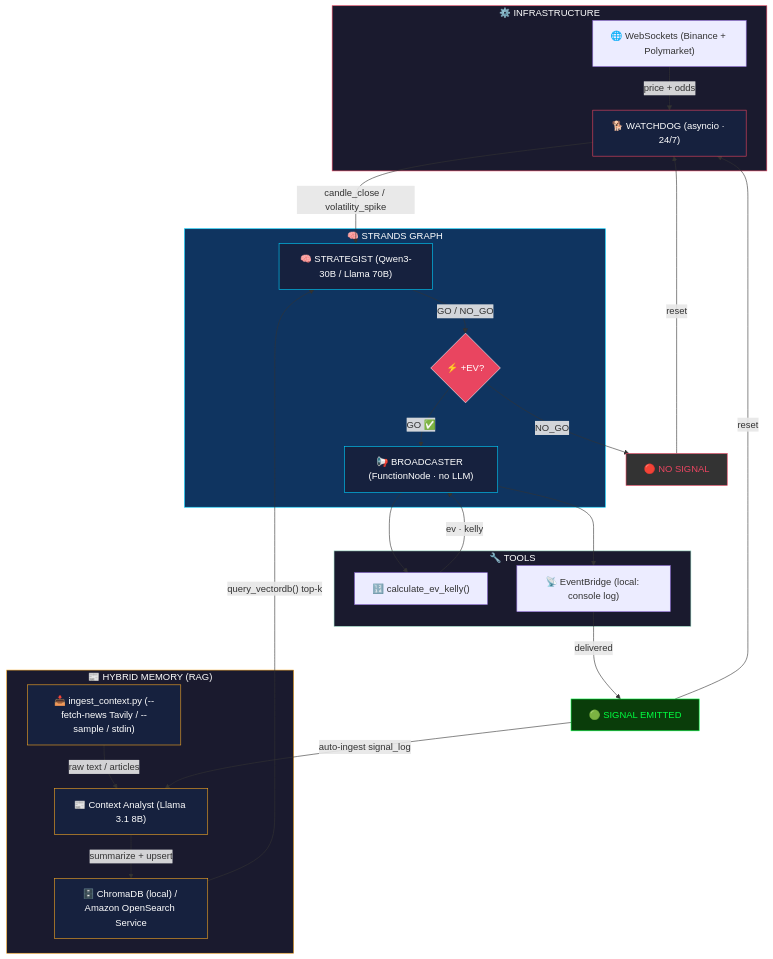
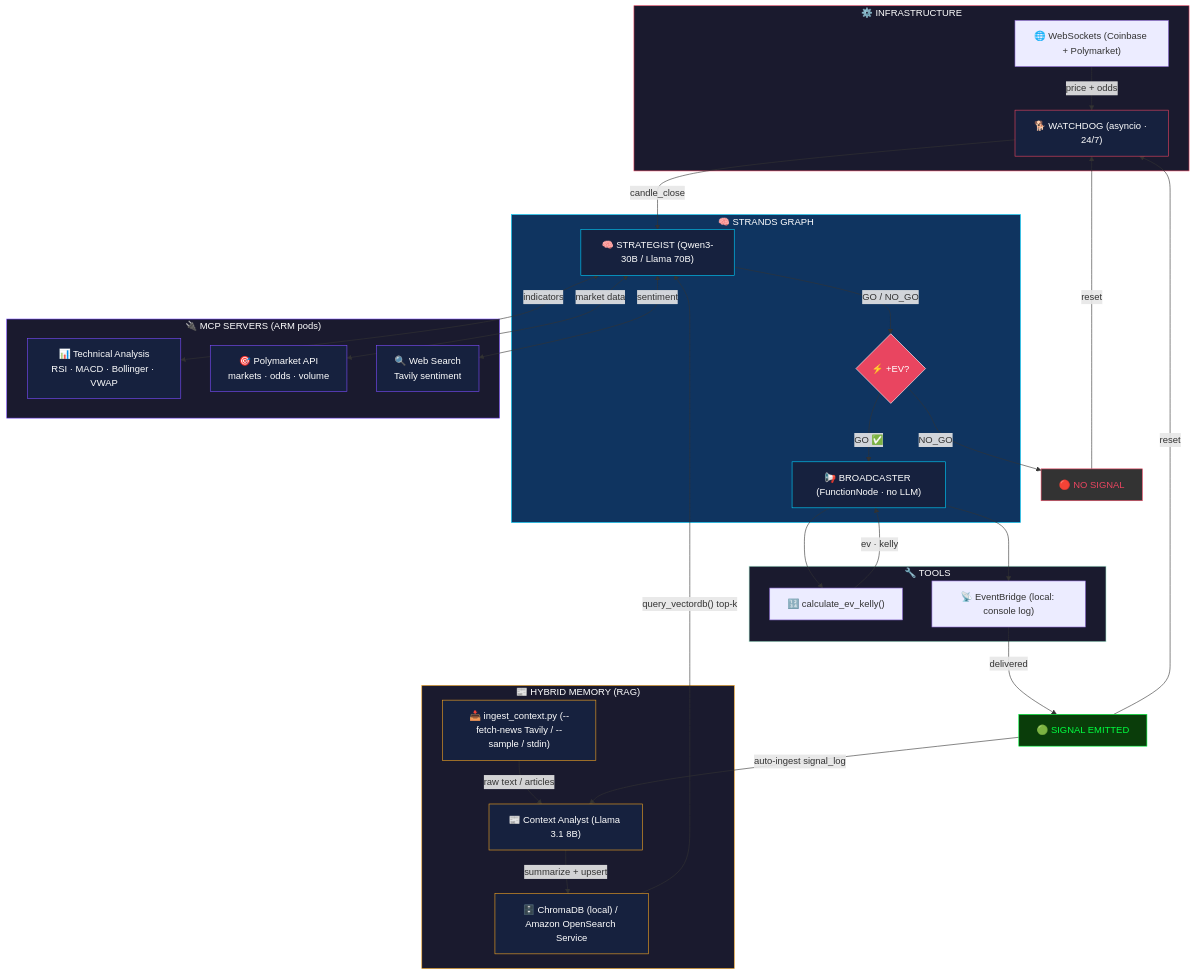
The diagram in docs/agent_flow.mermaid (gmgalvan/demo-polymarket-sgnal), drawn with Mermaid before and after one commit. The commit also changed 52 other files, not shown here.

```diff
--- a/docs/agent_flow.mermaid
+++ b/docs/agent_flow.mermaid
@@ -1,55 +1,68 @@
 graph TD
     subgraph INFRA["⚙️ INFRASTRUCTURE"]
-        WS["🌐 WebSockets (Binance + Polymarket)"]
+        WS["🌐 WebSockets (Coinbase + Polymarket)"]
         VG["🐕 WATCHDOG (asyncio · 24/7)"]
     end
 
     subgraph BG["📰 HYBRID MEMORY (RAG)"]
         CLI["📥 ingest_context.py (--fetch-news Tavily / --sample / stdin)"]
         AC["📰 Context Analyst (Llama 3.1 8B)"]
         VDB["🗄️ ChromaDB (local) / Amazon OpenSearch Service"]
     end
 
     subgraph GRAPH["🧠 STRANDS GRAPH"]
         ES["🧠 STRATEGIST (Qwen3-30B / Llama 70B)"]
         COND{"⚡ +EV?"}
         BC["📢 BROADCASTER (FunctionNode · no LLM)"]
     end
 
+    subgraph MCP["🔌 MCP SERVERS (ARM pods)"]
+        MTA["📊 Technical Analysis\nRSI · MACD · Bollinger · VWAP"]
+        MPM["🎯 Polymarket API\nmarkets · odds · volume"]
+        MWS["🔍 Web Search\nTavily sentiment"]
+    end
+
     subgraph TOOLS["🔧 TOOLS"]
         MATH["🔢 calculate_ev_kelly()"]
         EB["📡 EventBridge (local: console log)"]
     end
 
     NO["🔴 NO SIGNAL"]
     SIGNAL["🟢 SIGNAL EMITTED"]
 
     WS -->|"price + odds"| VG
-    VG -->|"candle_close / volatility_spike"| ES
+    VG -->|"candle_close"| ES
     CLI -->|"raw text / articles"| AC
     AC -->|"summarize + upsert"| VDB
     VDB -->|"query_vectordb() top-k"| ES
+    ES <-->|"indicators"| MTA
+    ES <-->|"market data"| MPM
+    ES <-->|"sentiment"| MWS
     ES -->|"GO / NO_GO"| COND
     COND -->|"NO_GO"| NO
     COND -->|"GO ✅"| BC
     BC --> MATH
     BC --> EB
     MATH -->|"ev · kelly"| BC
     EB -->|"delivered"| SIGNAL
     SIGNAL -->|"auto-ingest signal_log"| AC
     NO -->|"reset"| VG
     SIGNAL -->|"reset"| VG
 
     style INFRA fill:#1a1a2e,stroke:#e94560,color:#fff
     style BG fill:#1a1a2e,stroke:#f5a623,color:#fff
     style GRAPH fill:#0f3460,stroke:#00d2ff,color:#fff
+    style MCP fill:#1a1a2e,stroke:#7c4dff,color:#fff
     style TOOLS fill:#1a1a2e,stroke:#a8e6cf,color:#fff
     style ES fill:#16213e,stroke:#00d2ff,color:#fff
     style COND fill:#e94560,stroke:#fff,color:#fff
     style BC fill:#16213e,stroke:#00d2ff,color:#fff
     style NO fill:#333,stroke:#e94560,color:#e94560
     style SIGNAL fill:#0a3d0a,stroke:#00ff41,color:#00ff41
     style VG fill:#16213e,stroke:#e94560,color:#fff
     style CLI fill:#16213e,stroke:#f5a623,color:#fff
     style AC fill:#16213e,stroke:#f5a623,color:#fff
     style VDB fill:#16213e,stroke:#f5a623,color:#fff
+    style MTA fill:#16213e,stroke:#7c4dff,color:#fff
+    style MPM fill:#16213e,stroke:#7c4dff,color:#fff
+    style MWS fill:#16213e,stroke:#7c4dff,color:#fff
```
